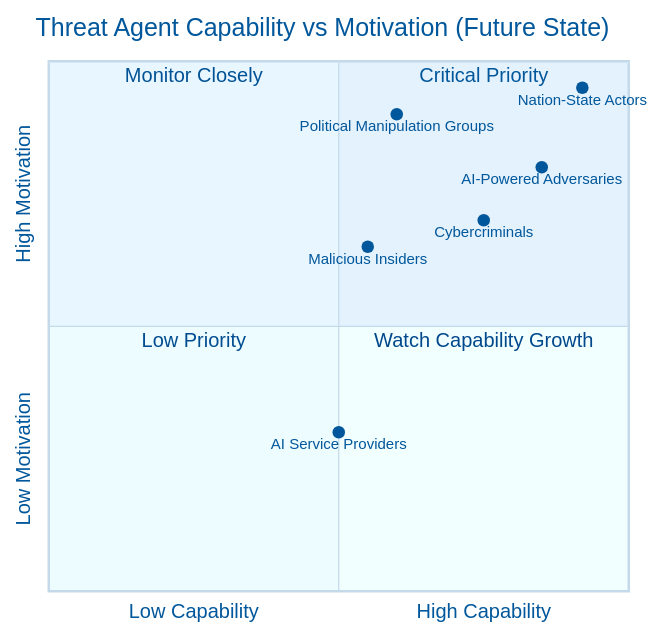
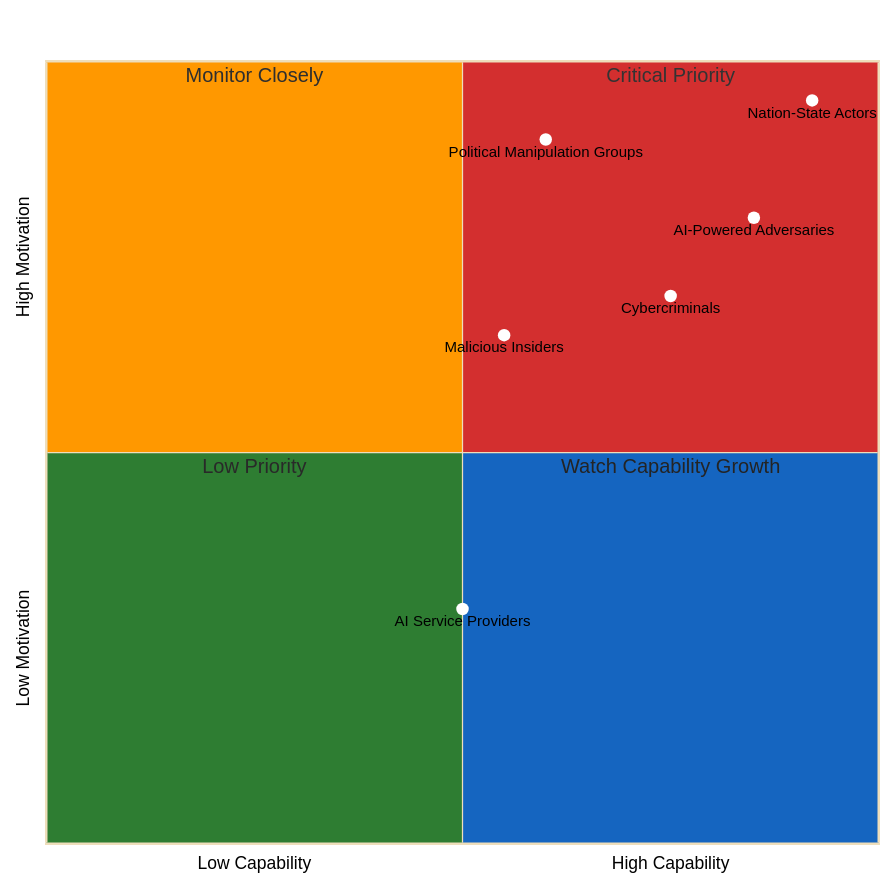
The third of 7 diagrams in FUTURE_THREAT_MODEL.md (Hack23/cia), drawn with Mermaid before and after one commit. The commit also changed other lines of this file and 30 other files, not shown here.

First line of the commit message:
fix: improve mermaid diagram rendering across all markdown files (#8536)

````diff
--- a/FUTURE_THREAT_MODEL.md
+++ b/FUTURE_THREAT_MODEL.md
@@ -346,25 +346,41 @@
 ```mermaid
-%%{
-  init: {
-    'theme': 'base',
-    'themeVariables': {
-      'primaryColor': '#e3f2fd',
-      'primaryTextColor': '#01579b'
-    }
+%%{init: {
+  "theme": "base",
+  "themeVariables": {
+    "quadrant1Fill": "#D32F2F",
+    "quadrant2Fill": "#FF9800",
+    "quadrant3Fill": "#2E7D32",
+    "quadrant4Fill": "#1565C0",
+    "quadrantTitleFill": "#ffffff",
+    "quadrantPointFill": "#ffffff",
+    "quadrantPointTextFill": "#000000",
+    "quadrantXAxisTextFill": "#000000",
+    "quadrantYAxisTextFill": "#000000"
+  },
+  "quadrantChart": {
+    "chartWidth": 700,
+    "chartHeight": 700,
+    "pointLabelFontSize": 12,
+    "titleFontSize": 20,
+    "quadrantLabelFontSize": 16,
+    "xAxisLabelFontSize": 14,
+    "yAxisLabelFontSize": 14
   }
-}%%
+}}%%
+
 quadrantChart
     title Threat Agent Capability vs Motivation (Future State)
     x-axis Low Capability --> High Capability
     y-axis Low Motivation --> High Motivation
     quadrant-1 Critical Priority
     quadrant-2 Monitor Closely
     quadrant-3 Low Priority
     quadrant-4 Watch Capability Growth
-    Nation-State Actors: [0.92, 0.95]
-    AI-Powered Adversaries: [0.85, 0.80]
-    Political Manipulation Groups: [0.60, 0.90]
-    Cybercriminals: [0.75, 0.70]
-    Malicious Insiders: [0.55, 0.65]
-    AI Service Providers: [0.50, 0.30]
+    "Nation-State Actors": [0.92, 0.95]
+    "AI-Powered Adversaries": [0.85, 0.80]
+    "Political Manipulation Groups": [0.60, 0.90]
+    "Cybercriminals": [0.75, 0.70]
+    "Malicious Insiders": [0.55, 0.65]
+    "AI Service Providers": [0.50, 0.30]
+
 ```
````
